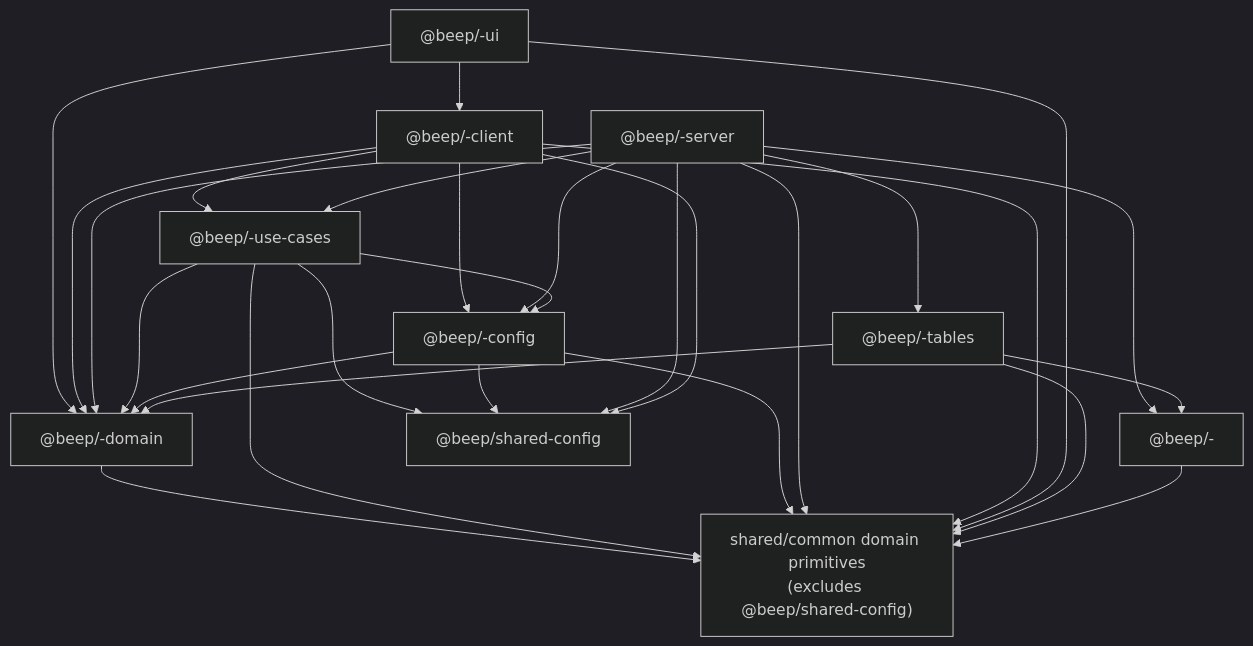
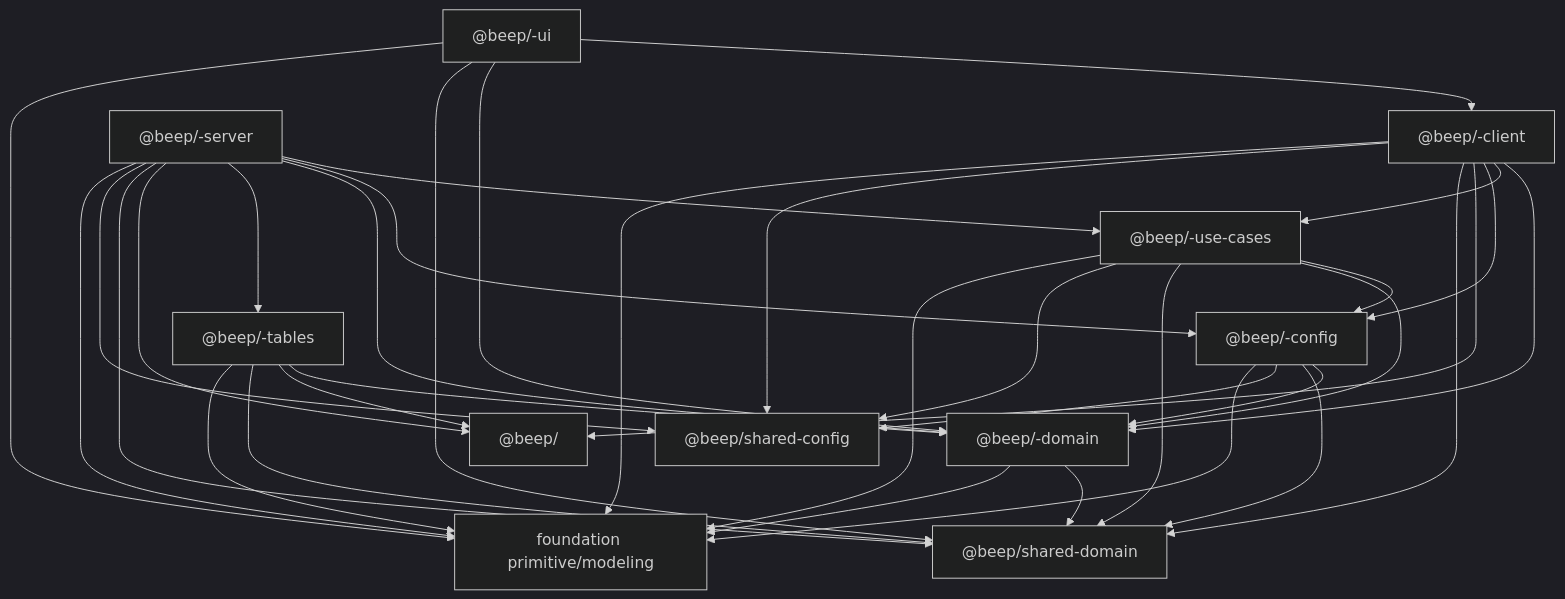
Before and after one commit to kriegcloud/beep-effect: the first of 6 diagrams in standards/ARCHITECTURE.md, drawn with Mermaid (dark theme). The commit also changed other lines of this file and 12 other files, not shown here.

````diff
--- a/standards/ARCHITECTURE.md
+++ b/standards/ARCHITECTURE.md
@@ -96,42 +120,50 @@
 ```mermaid
 flowchart TD
   ui["@beep/<slice>-ui"]
   client["@beep/<slice>-client"]
   usecases["@beep/<slice>-use-cases"]
   config["@beep/<slice>-config"]
   server["@beep/<slice>-server"]
   domain["@beep/<slice>-domain"]
   tables["@beep/<slice>-tables"]
-  providers["@beep/<slice>-<provider>"]
-  sharedCore["shared/common domain primitives<br/>(excludes @beep/shared-config)"]
+  drivers["@beep/<driver>"]
+  sharedDomain["@beep/shared-domain"]
   sharedConfig["@beep/shared-config"]
+  foundation["foundation primitive/modeling"]
 
   ui --> client
   ui --> domain
   client --> domain
   client --> usecases
   client --> config
+  client --> drivers
   server --> usecases
   server --> config
   server --> domain
   server --> tables
-  server --> providers
+  server --> drivers
   usecases --> config
   usecases --> domain
   config --> domain
   tables --> domain
-  tables --> providers
+  tables --> drivers
 
-  domain --> sharedCore
-  usecases --> sharedCore
+  domain --> sharedDomain
+  domain --> foundation
+  usecases --> sharedDomain
   usecases --> sharedConfig
-  config --> sharedCore
+  usecases --> foundation
+  config --> sharedDomain
   config --> sharedConfig
-  server --> sharedCore
+  config --> foundation
+  server --> sharedDomain
   server --> sharedConfig
-  client --> sharedCore
+  server --> foundation
+  client --> sharedDomain
   client --> sharedConfig
-  ui --> sharedCore
-  tables --> sharedCore
-  providers --> sharedCore
+  client --> foundation
+  ui --> sharedDomain
+  ui --> foundation
+  tables --> sharedDomain
+  tables --> foundation
 ```
````
